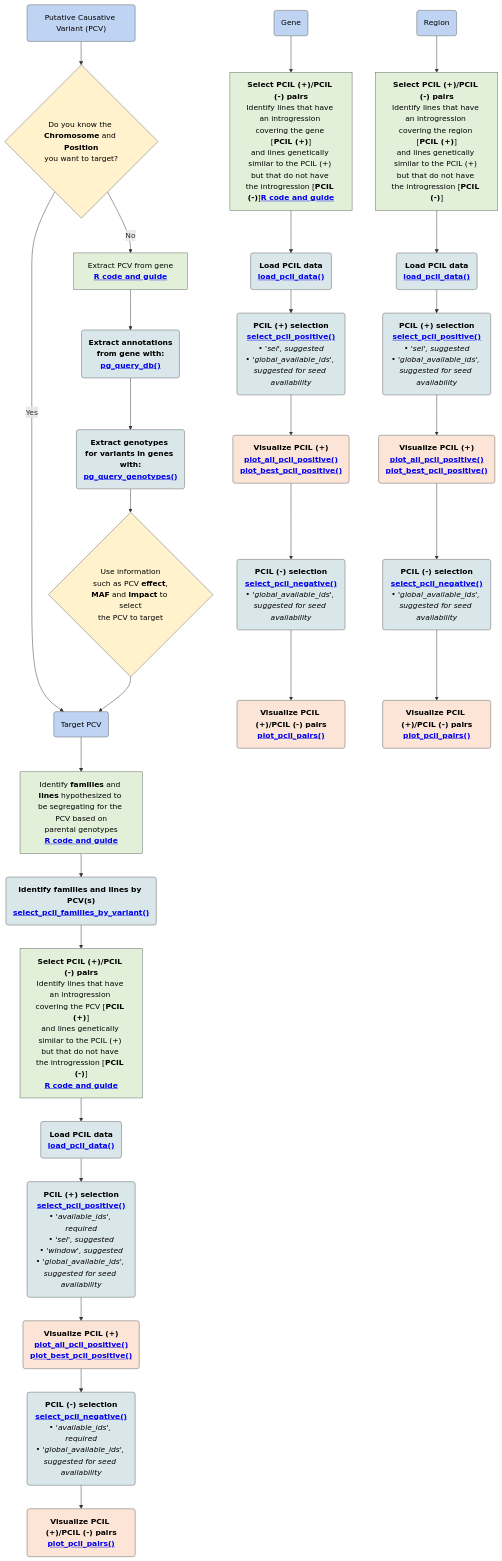
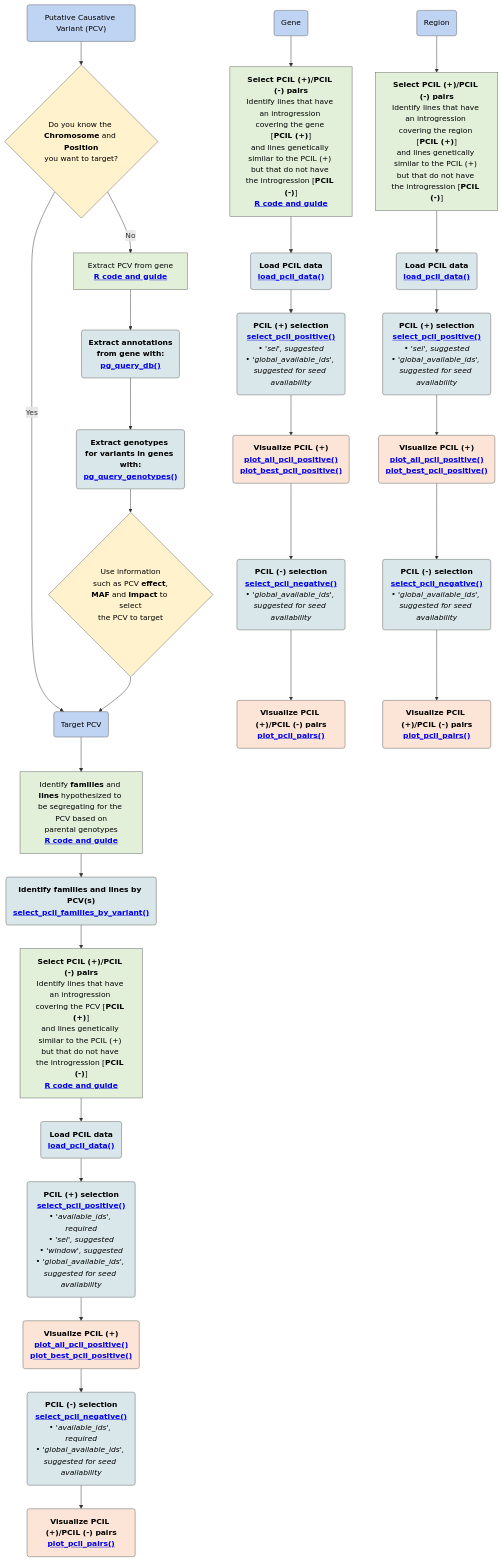
The diagram in README.md (claracruet/PCIL_selection_pipeline), drawn with Mermaid before and after one commit.

```diff
--- a/README.md
+++ b/README.md
@@ -88,7 +88,7 @@
 %% GENE BRANCH
 %% =========================================================
 
-GENE --> GPOSSTEP["<b>Select PCIL (+)/PCIL (-) pairs</b><br/>Identify lines that have an introgression covering the gene [<b>PCIL (+)</b>]<br/>and lines genetically similar to the PCIL (+) but that do not have the introgression [<b>PCIL (-)</b>]<a href='(ADD LINK)'><b>R code and guide</b></a>"]
+GENE --> GPOSSTEP["<b>Select PCIL (+)/PCIL (-) pairs</b><br/>Identify lines that have an introgression covering the gene [<b>PCIL (+)</b>]<br/>and lines genetically similar to the PCIL (+) but that do not have the introgression [<b>PCIL (-)</b>]</br><a href='https://github.com/claracruet/PCIL_selection_pipeline/blob/main/gene_to_pcil_branch.md'><b>R code and guide</b></a>"]
 
 GPOSSTEP --> GDATA("<b>Load PCIL data</b><br/><a href='https://github.com/claracruet/PCIL_selection_pipeline/blob/main/load_pcil_data_ReadMe.md'><b>load_pcil_data()</b></a>")
 
```
